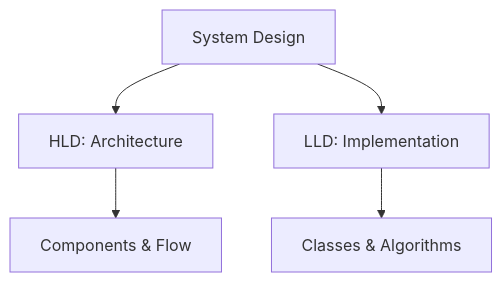
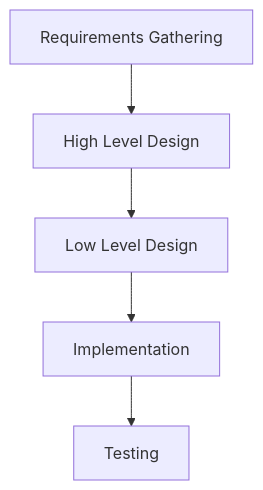
The first of 2 diagrams in lld-hld-basics/README.md (VrushankPatel/interview-matters), drawn with Mermaid before and after one commit. The commit also changed other lines of this file and 2 other files, not shown here.

Commit message:
kb: add/update topics Popular System Designs LLD and HLD, LLD HLD Basics, Replication vs Sharding vs Partitioning, Caching, Latency and Throughput Zero to Hero

````diff
--- a/lld-hld-basics/README.md
+++ b/lld-hld-basics/README.md
@@ -57,7 +56,7 @@
 ```mermaid
 graph TD
-    A[System Design] --> B[HLD: Architecture]
-    A --> C[LLD: Implementation]
-    B --> D[Components & Flow]
-    C --> E[Classes & Algorithms]
+    A[Requirements Gathering] --> B[High Level Design]
+    B --> C[Low Level Design]
+    C --> D[Implementation]
+    D --> E[Testing]
 ```
````
